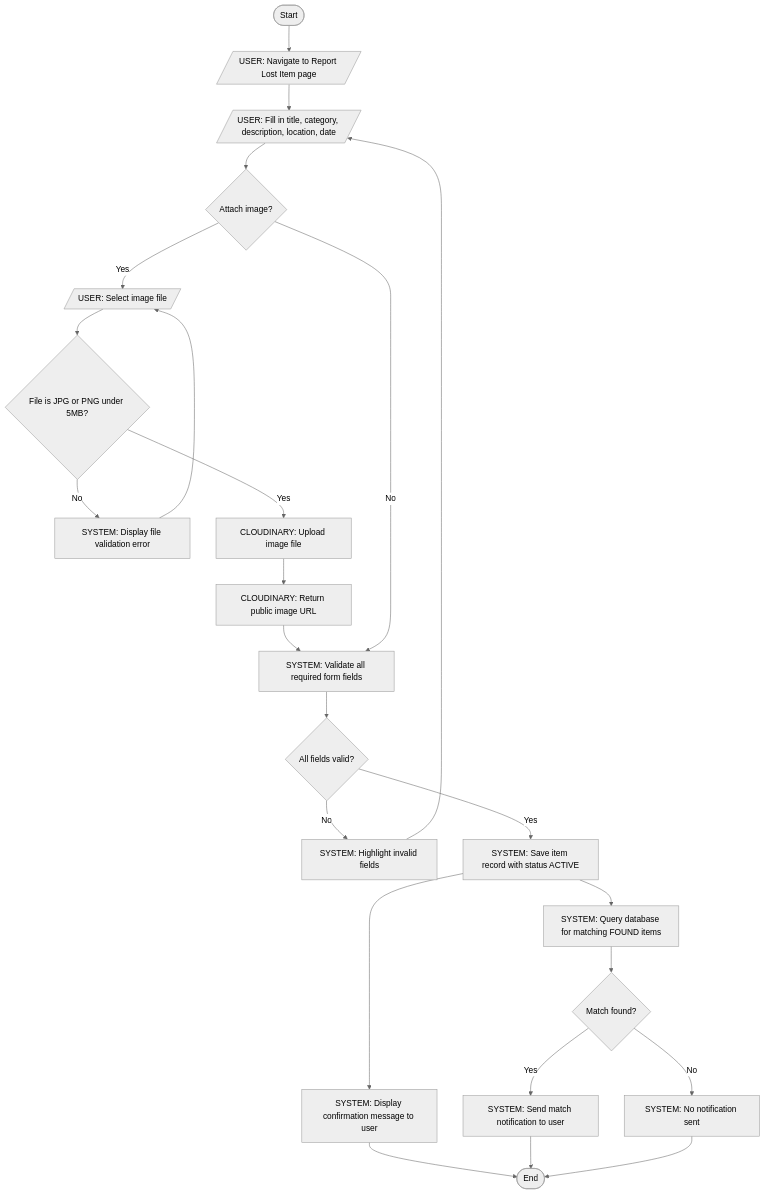
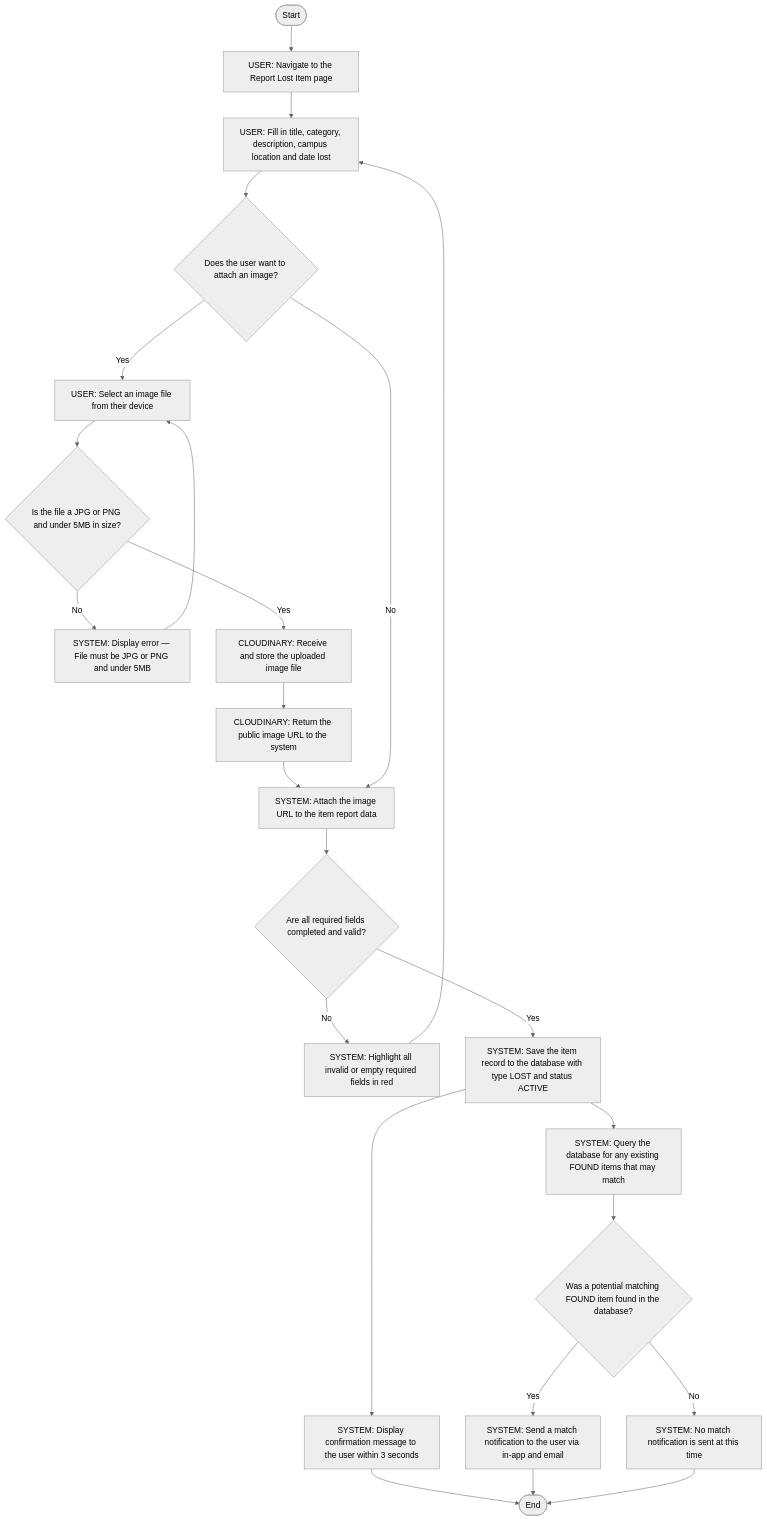
Before and after one commit to Skiet88/campus-lost-and-found: the third of 8 diagrams in ACTIVITY_DIAGRAMS.md, drawn with Mermaid (neutral theme). The commit also changed other lines of this file, not shown here.

````diff
--- a/ACTIVITY_DIAGRAMS.md
+++ b/ACTIVITY_DIAGRAMS.md
@@ -91,28 +89,27 @@
 ```mermaid
 flowchart TD
-    S([Start]) --> A
-
-    A[/"USER: Navigate to Report Lost Item page"/]
-    A --> B[/"USER: Fill in title, category, description, location, date"/]
-    B --> C{Attach image?}
-    C -->|Yes| D[/"USER: Select image file"/]
-    D --> E{File is JPG or PNG under 5MB?}
-    E -->|No| F["SYSTEM: Display file validation error"]
-    F --> D
-    E -->|Yes| G["CLOUDINARY: Upload image file"]
-    G --> H["CLOUDINARY: Return public image URL"]
-    H --> I["SYSTEM: Validate all required form fields"]
-    C -->|No| I
-    I --> J{All fields valid?}
-    J -->|No| K["SYSTEM: Highlight invalid fields"]
-    K --> B
-    J -->|Yes| L["SYSTEM: Save item record with status ACTIVE"]
-    L --> M["SYSTEM: Display confirmation message to user"]
-    L --> N["SYSTEM: Query database for matching FOUND items"]
-    N --> O{Match found?}
-    O -->|Yes| P["SYSTEM: Send match notification to user"]
-    O -->|No| Q["SYSTEM: No notification sent"]
-    M --> E1([End])
-    P --> E1
-    Q --> E1
+    S([Start]) --> A1
+    A1["USER: Navigate to the Report Lost Item page"]
+    A1 --> A2["USER: Fill in title, category, description, campus location and date lost"]
+    A2 --> D1{Does the user want to attach an image?}
+    D1 -->|Yes| A3["USER: Select an image file from their device"]
+    A3 --> D2{Is the file a JPG or PNG and under 5MB in size?}
+    D2 -->|No| A4["SYSTEM: Display error — File must be JPG or PNG and under 5MB"]
+    A4 --> A3
+    D2 -->|Yes| A5["CLOUDINARY: Receive and store the uploaded image file"]
+    A5 --> A6["CLOUDINARY: Return the public image URL to the system"]
+    A6 --> A7["SYSTEM: Attach the image URL to the item report data"]
+    D1 -->|No| A7
+    A7 --> D3{Are all required fields completed and valid?}
+    D3 -->|No| A8["SYSTEM: Highlight all invalid or empty required fields in red"]
+    A8 --> A2
+    D3 -->|Yes| A9["SYSTEM: Save the item record to the database with type LOST and status ACTIVE"]
+    A9 --> A10["SYSTEM: Display confirmation message to the user within 3 seconds"]
+    A9 --> A11["SYSTEM: Query the database for any existing FOUND items that may match"]
+    A11 --> D4{Was a potential matching FOUND item found in the database?}
+    D4 -->|Yes| A12["SYSTEM: Send a match notification to the user via in-app and email"]
+    D4 -->|No| A13["SYSTEM: No match notification is sent at this time"]
+    A10 --> E([End])
+    A12 --> E
+    A13 --> E
 ```
````
